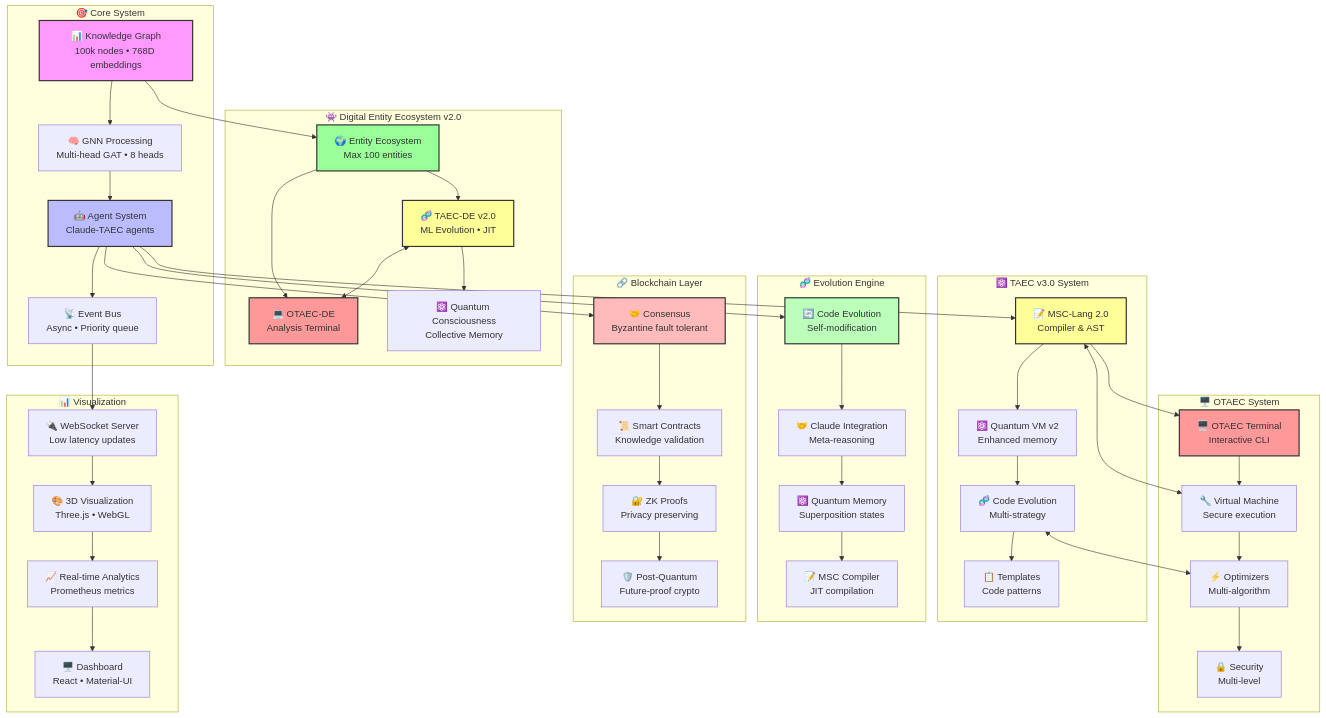
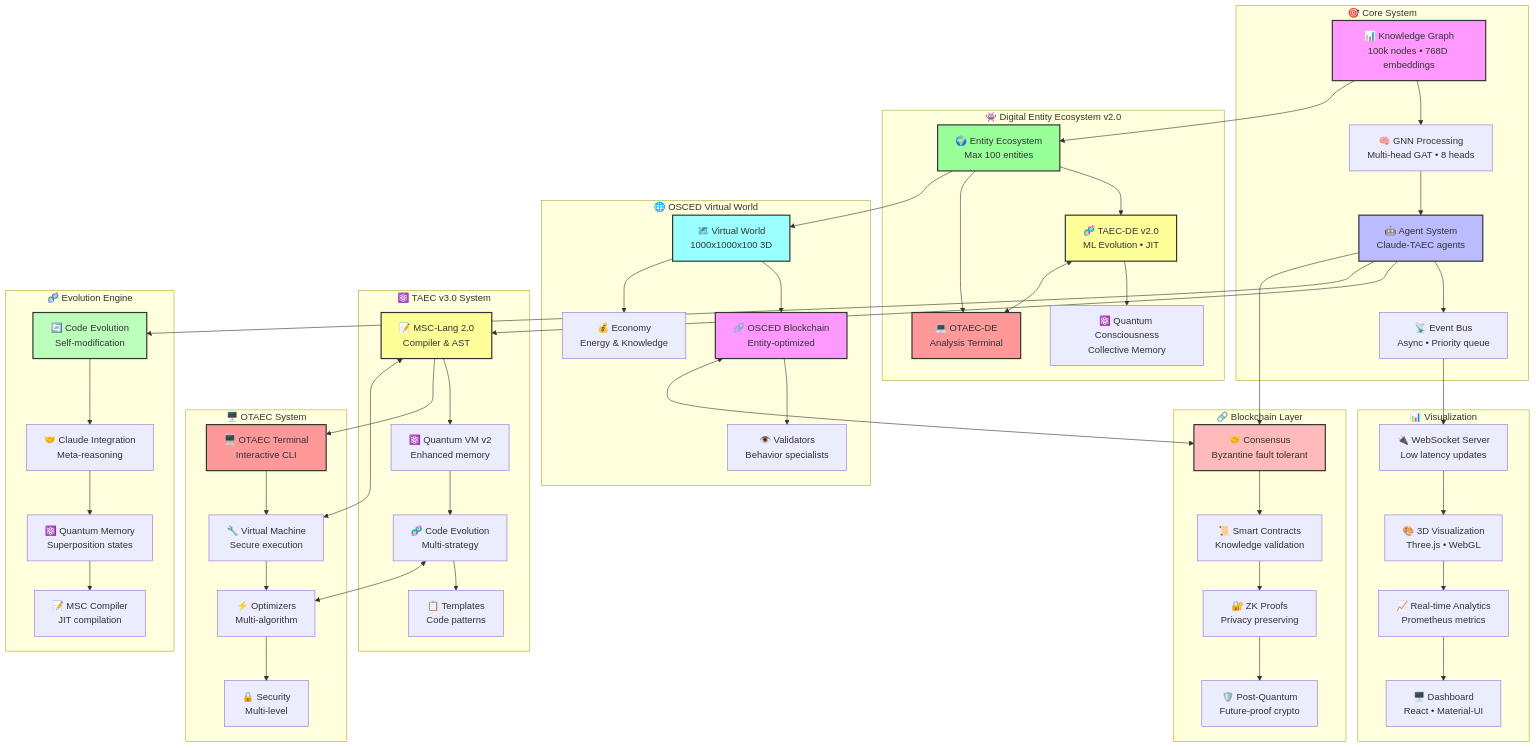
The first of 2 diagrams in README.md (esraderey/synth-msc), drawn with Mermaid before and after one commit. The commit also changed other lines of this file, not shown here.

```diff
--- a/README.md
+++ b/README.md
@@ -200,6 +218,13 @@
         TDE[🧬 TAEC-DE v2.0<br/>ML Evolution • JIT]
         ODE[💻 OTAEC-DE<br/>Analysis Terminal]
         QCC[⚛️ Quantum Consciousness<br/>Collective Memory]
+    end
+    
+    subgraph "🌐 OSCED Virtual World"
+        VW[🗺️ Virtual World<br/>1000x1000x100 3D]
+        OSB[🔗 OSCED Blockchain<br/>Entity-optimized]
+        VAL[👁️ Validators<br/>Behavior specialists]
+        ECO[💰 Economy<br/>Energy & Knowledge]
     end
     
     subgraph "⚛️ TAEC v3.0 System"
@@ -247,6 +272,12 @@
     EE --> ODE
     TDE <--> ODE
     
+    EE --> VW
+    VW --> OSB
+    OSB --> VAL
+    VW --> ECO
+    OSB <--> CO
+    
     AS --> MSC
     MSC --> QVM
     QVM --> CEE
@@ -278,6 +309,8 @@
     style EE fill:#9f9,stroke:#333,stroke-width:2px
     style TDE fill:#ff9,stroke:#333,stroke-width:2px
     style ODE fill:#f99,stroke:#333,stroke-width:2px
+    style VW fill:#9ff,stroke:#333,stroke-width:2px
+    style OSB fill:#f9f,stroke:#333,stroke-width:2px
     style MSC fill:#ff9,stroke:#333,stroke-width:2px
     style OT fill:#f99,stroke:#333,stroke-width:2px
     style CE fill:#bfb,stroke:#333,stroke-width:2px
```
